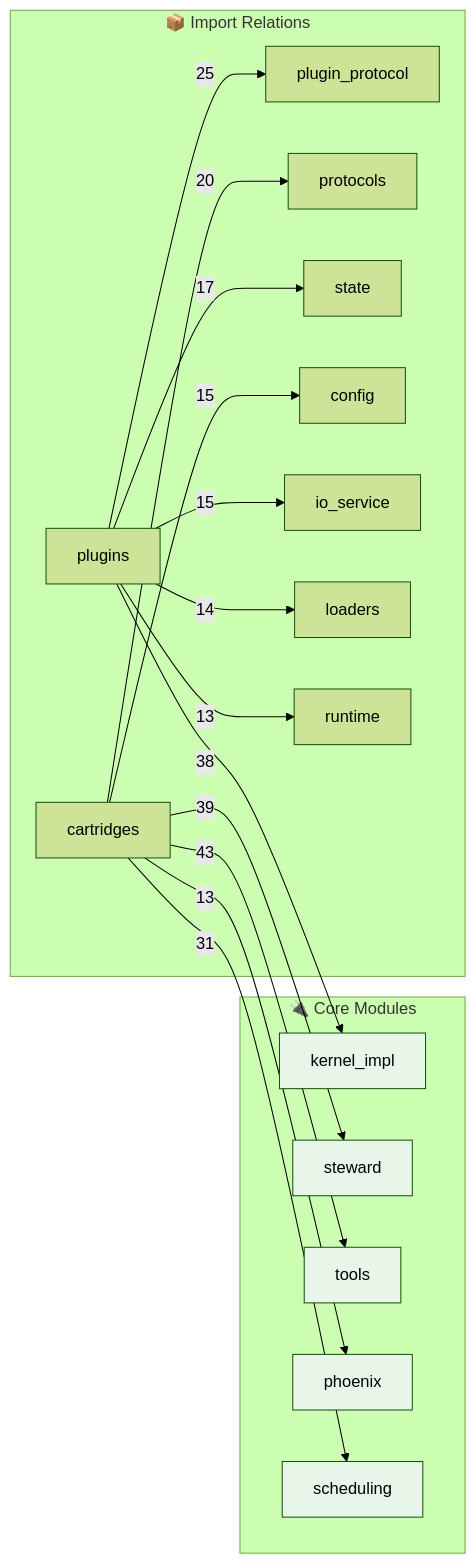
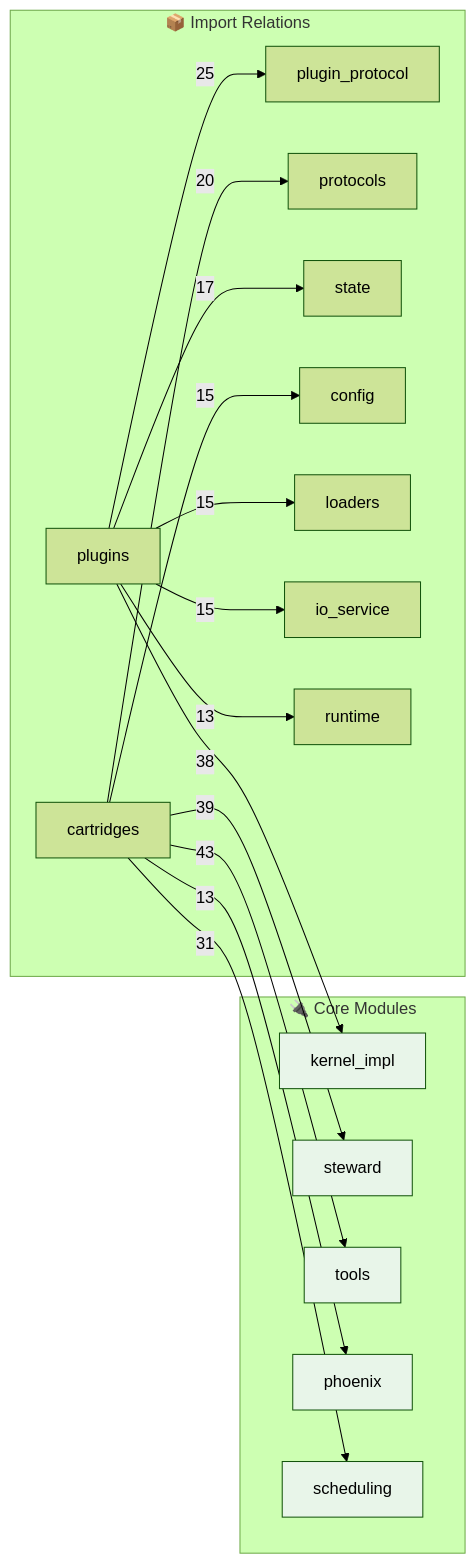
The second of 2 diagrams in OPUS.md (kimeisele/steward-protocol), drawn with Mermaid (forest theme) before and after one commit. The commit also changed other lines of this file and 16 other files, not shown here.

````diff
--- a/OPUS.md
+++ b/OPUS.md
@@ -494,31 +525,31 @@
 ```mermaid
 flowchart LR
     subgraph Core["🔌 Core Modules"]
         kernel_impl[kernel_impl]
         steward[steward]
         tools[tools]
         phoenix[phoenix]
         scheduling[scheduling]
     end
 
     subgraph Edges["📦 Import Relations"]
         cartridges -->|43| tools
         cartridges -->|39| steward
         plugins -->|38| kernel_impl
         cartridges -->|31| scheduling
         plugins -->|25| plugin_protocol
         cartridges -->|20| protocols
         plugins -->|17| state
         cartridges -->|15| config
+        plugins -->|15| loaders
         plugins -->|15| io_service
-        plugins -->|14| loaders
         cartridges -->|13| phoenix
         plugins -->|13| runtime
     end
 
     style kernel_impl fill:#e8f5e9
     style steward fill:#e8f5e9
     style tools fill:#e8f5e9
     style phoenix fill:#e8f5e9
     style scheduling fill:#e8f5e9
 ```
````
